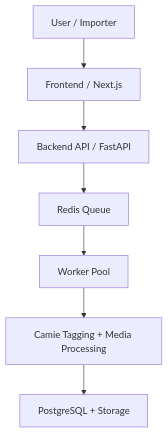
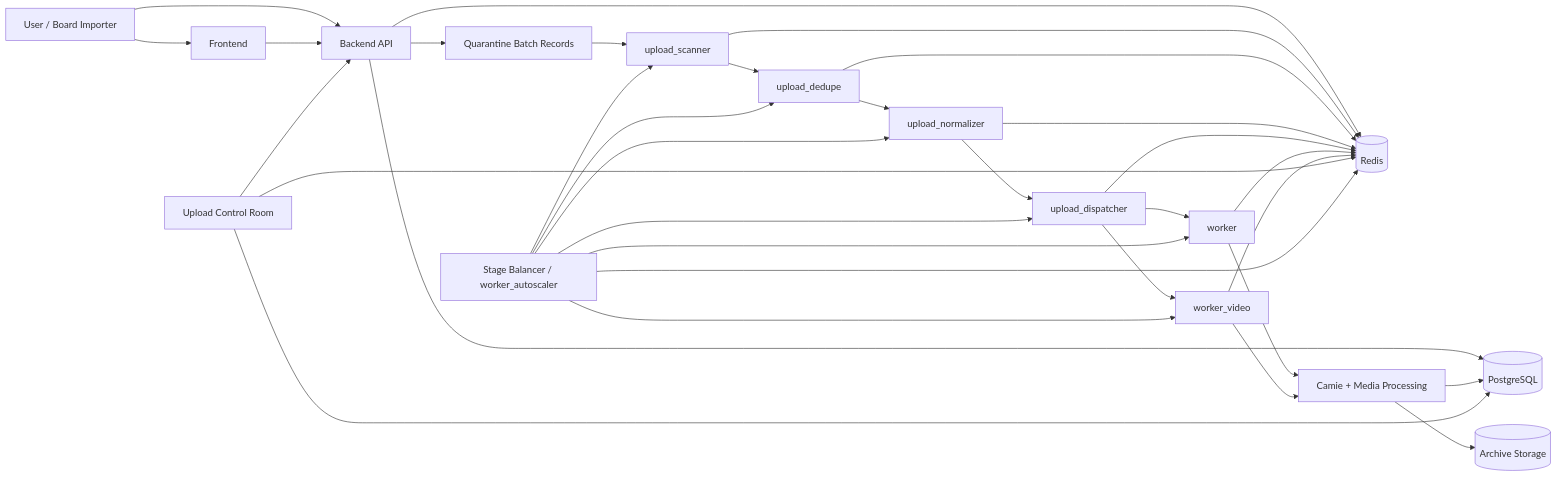
One commit to MythosMachina/NextBoo changed the diagram in README.md. Above: the diagram before and after it, drawn with Mermaid. The commit also changed other lines of this file, not shown here.

Commit message:
Update README for staged upload pipeline

````diff
--- a/README.md
+++ b/README.md
@@ -154,9 +191,55 @@
 ```mermaid
-flowchart TD
-    A[User / Importer] --> B[Frontend / Next.js]
-    B --> C[Backend API / FastAPI]
-    C --> D[Redis Queue]
-    D --> E[Worker Pool]
-    E --> F[Camie Tagging + Media Processing]
-    F --> G[PostgreSQL + Storage]
+flowchart LR
+    U[User / Board Importer]
+    F[Frontend]
+    B[Backend API]
+    P[(PostgreSQL)]
+    R[(Redis)]
+    Q[Quarantine Batch Records]
+    S[upload_scanner]
+    D[upload_dedupe]
+    N[upload_normalizer]
+    X[upload_dispatcher]
+    WI[worker]
+    WV[worker_video]
+    C[Camie + Media Processing]
+    G[(Archive Storage)]
+    CR[Upload Control Room]
+    A[Stage Balancer / worker_autoscaler]
+
+    U --> F
+    U --> B
+    F --> B
+    B --> Q
+    B --> P
+    B --> R
+
+    Q --> S
+    S --> D
+    D --> N
+    N --> X
+    X --> WI
+    X --> WV
+    WI --> C
+    WV --> C
+    C --> P
+    C --> G
+
+    S --> R
+    D --> R
+    N --> R
+    X --> R
+    WI --> R
+    WV --> R
+
+    CR --> B
+    CR --> P
+    CR --> R
+    A --> R
+    A --> S
+    A --> D
+    A --> N
+    A --> X
+    A --> WI
+    A --> WV
 ```
````
